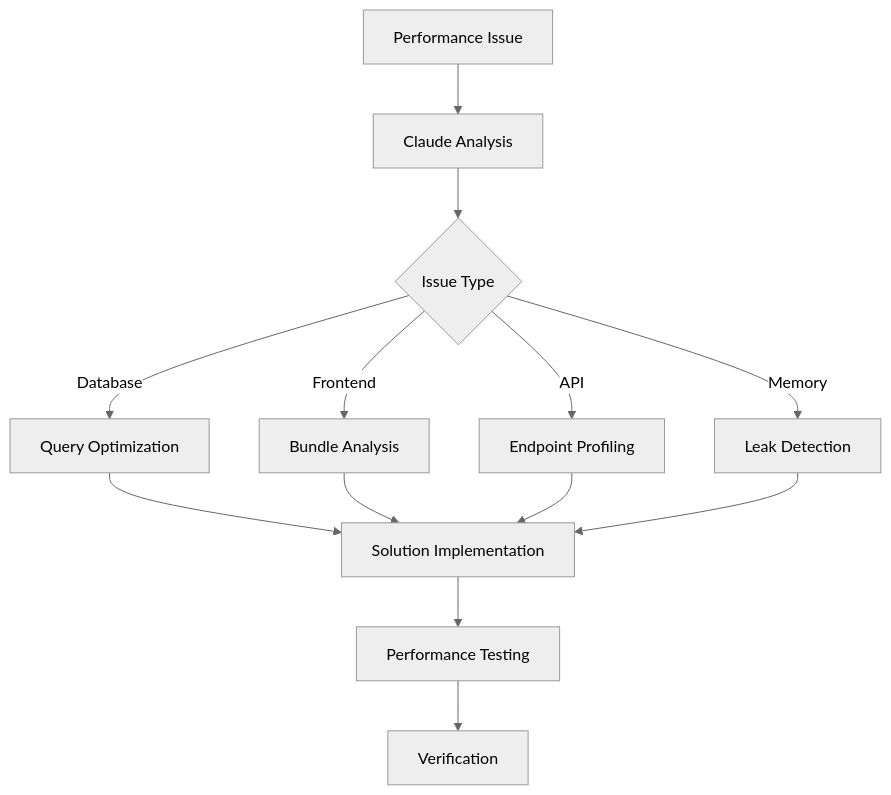
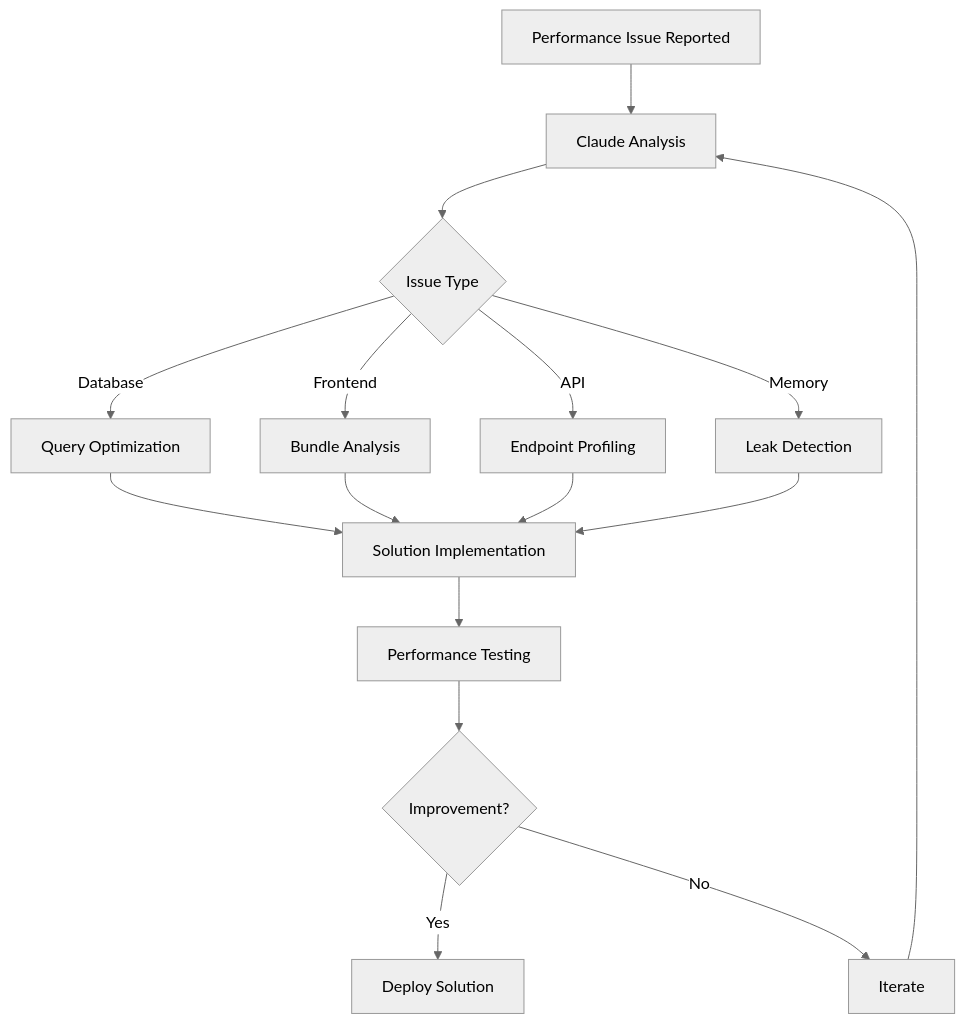
One commit to kareddy-dev/explore changed the third of 11 diagrams in tools/claude-code/workflow-examples.md. Above: the diagram before and after it, drawn with Mermaid (neutral theme). The commit also changed other lines of this file and 6 other files, not shown here.

````diff
--- a/tools/claude-code/workflow-examples.md
+++ b/tools/claude-code/workflow-examples.md
@@ -82,15 +116,18 @@
 ```mermaid
 flowchart TD
-    A[Performance Issue] --> B[Claude Analysis]
+    A[Performance Issue Reported] --> B[Claude Analysis]
     B --> C{Issue Type}
     C -->|Database| D[Query Optimization]
     C -->|Frontend| E[Bundle Analysis]
     C -->|API| F[Endpoint Profiling]
     C -->|Memory| G[Leak Detection]
     D --> H[Solution Implementation]
     E --> H
     F --> H
     G --> H
     H --> I[Performance Testing]
-    I --> J[Verification]
+    I --> J{Improvement?}
+    J -->|Yes| K[Deploy Solution]
+    J -->|No| L[Iterate]
+    L --> B
 ```
````
